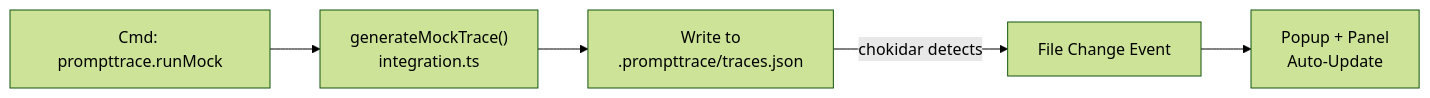
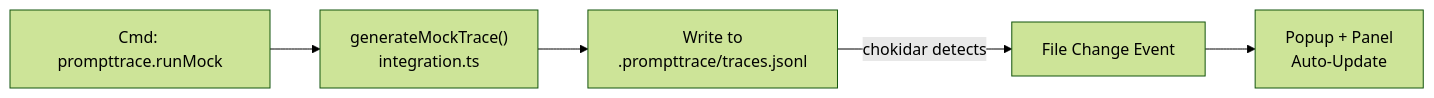
The second of 3 diagrams in apps/extension/README.md (amEya911/prompttrace), drawn with Mermaid (forest theme) before and after one commit. The commit also changed other lines of this file and 7 other files, not shown here.

````diff
--- a/apps/extension/README.md
+++ b/apps/extension/README.md
@@ -42,7 +42,7 @@
 ```mermaid
 flowchart LR
     A["Cmd: prompttrace.runMock"] --> B["generateMockTrace()<br/>integration.ts"]
-    B --> C["Write to<br/>.prompttrace/traces.json"]
+    B --> C["Write to<br/>.prompttrace/traces.jsonl"]
     C -->|chokidar detects| D["File Change Event"]
     D --> E["Popup + Panel<br/>Auto-Update"]
 ```
````
